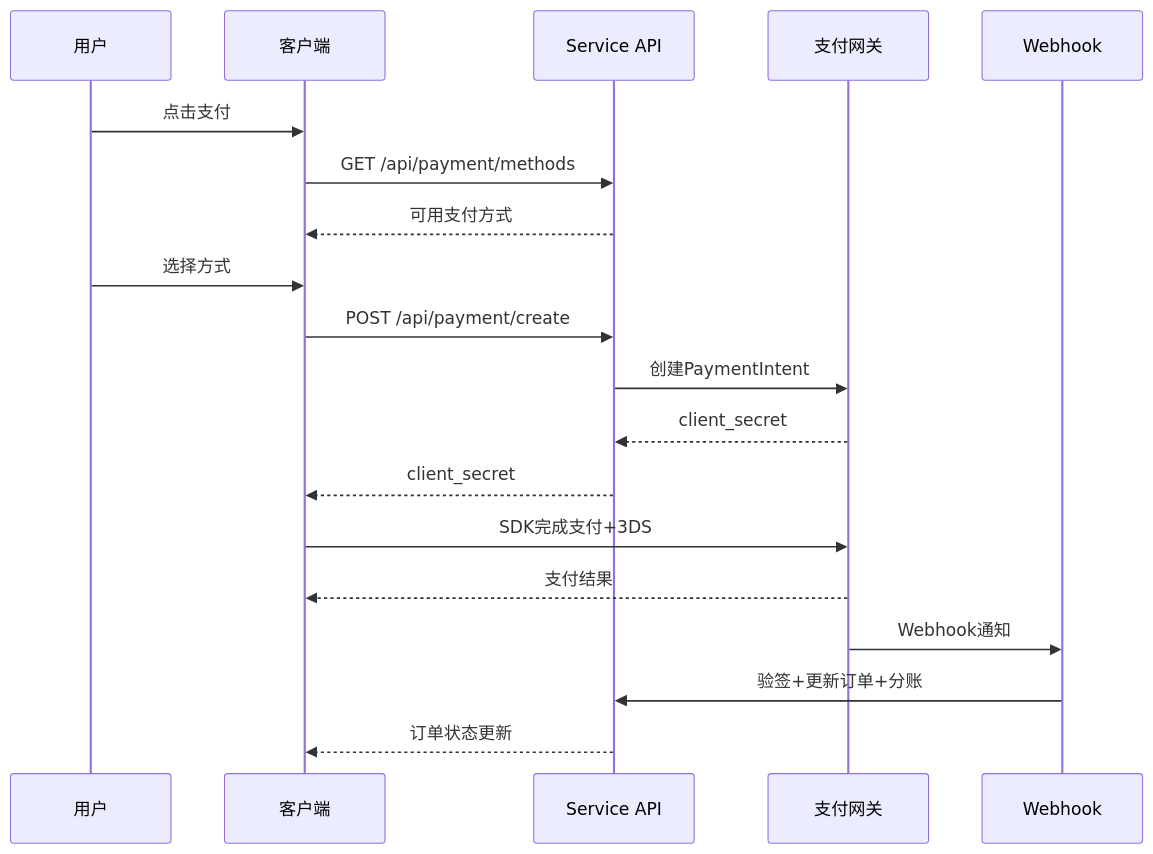
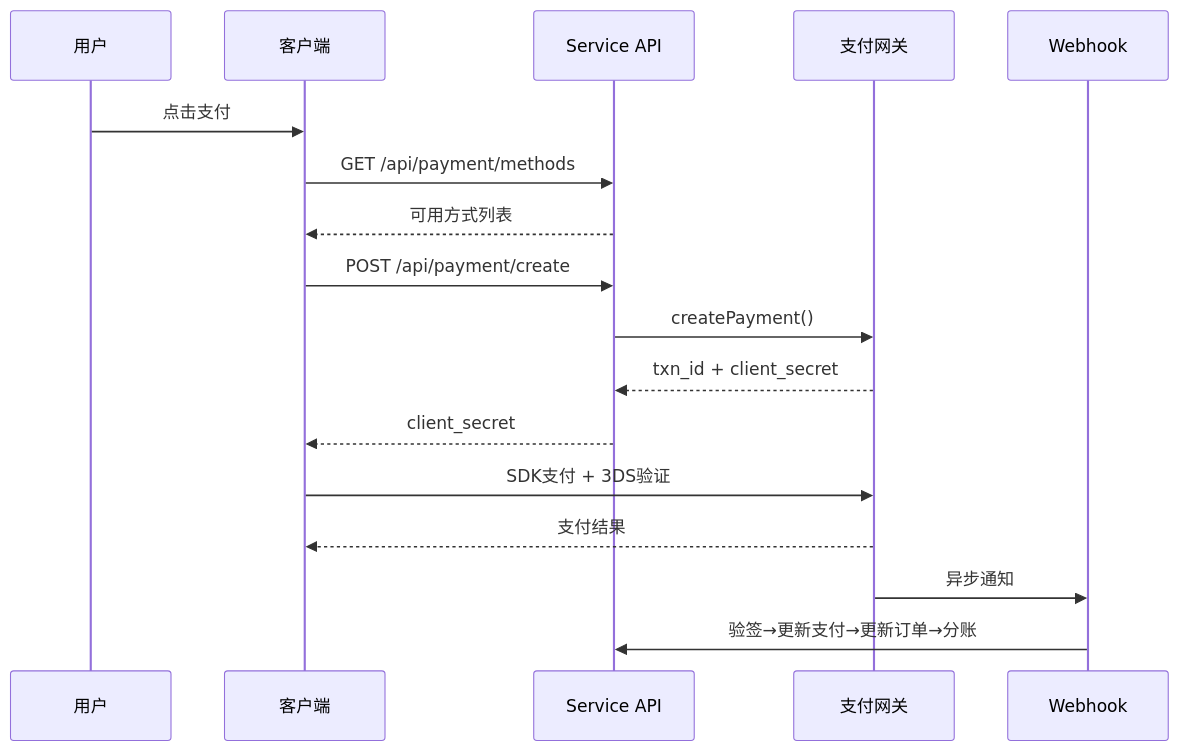
The second of 3 diagrams in docs/features.md (erikwang2013/erik-shop), drawn with Mermaid before and after one commit. The commit also changed other lines of this file and 1 other file, not shown here.

````diff
--- a/docs/features.md
+++ b/docs/features.md
@@ -121,22 +53,20 @@
 ```mermaid
 sequenceDiagram
     participant U as 用户
     participant C as 客户端
     participant S as Service API
     participant P as 支付网关
     participant W as Webhook
 
     U->>C: 点击支付
     C->>S: GET /api/payment/methods
-    S-->>C: 可用支付方式
-    U->>C: 选择方式
+    S-->>C: 可用方式列表
     C->>S: POST /api/payment/create
-    S->>P: 创建PaymentIntent
-    P-->>S: client_secret
+    S->>P: createPayment()
+    P-->>S: txn_id + client_secret
     S-->>C: client_secret
-    C->>P: SDK完成支付+3DS
+    C->>P: SDK支付 + 3DS验证
     P-->>C: 支付结果
-    P->>W: Webhook通知
-    W->>S: 验签+更新订单+分账
-    S-->>C: 订单状态更新
+    P->>W: 异步通知
+    W->>S: 验签→更新支付→更新订单→分账
 ```
````
